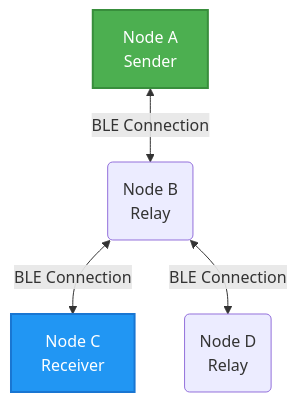
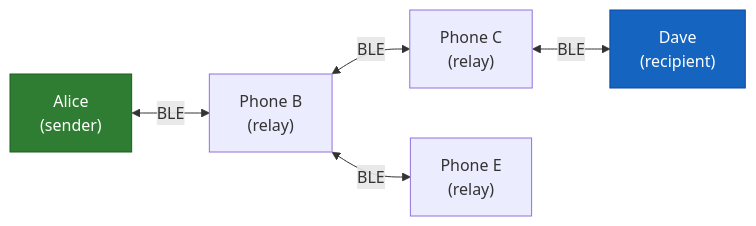
Before and after one commit to aarushchaudhary/ComLink: the first of 3 diagrams in README.md, drawn with Mermaid. The commit also changed other lines of this file, not shown here.

Commit message:
docs: rewrite README with full feature, security, protocol and architecture details

````diff
--- a/README.md
+++ b/README.md
@@ -24,9 +82,10 @@
 ```mermaid
-graph TD
-    A[Node A<br>Sender] <-->|BLE Connection| B(Node B<br>Relay)
-    B <-->|BLE Connection| C[Node C<br>Receiver]
-    B <-->|BLE Connection| D(Node D<br>Relay)
-    
-    style A fill:#4CAF50,stroke:#388E3C,stroke-width:2px,color:#fff
-    style C fill:#2196F3,stroke:#1976D2,stroke-width:2px,color:#fff
+graph LR
+    A["Alice<br/>(sender)"] <-->|BLE| B["Phone B<br/>(relay)"]
+    B <-->|BLE| C["Phone C<br/>(relay)"]
+    C <-->|BLE| D["Dave<br/>(recipient)"]
+    B <-->|BLE| E["Phone E<br/>(relay)"]
+
+    style A fill:#2e7d32,stroke:#1b5e20,color:#fff
+    style D fill:#1565c0,stroke:#0d47a1,color:#fff
 ```
````
